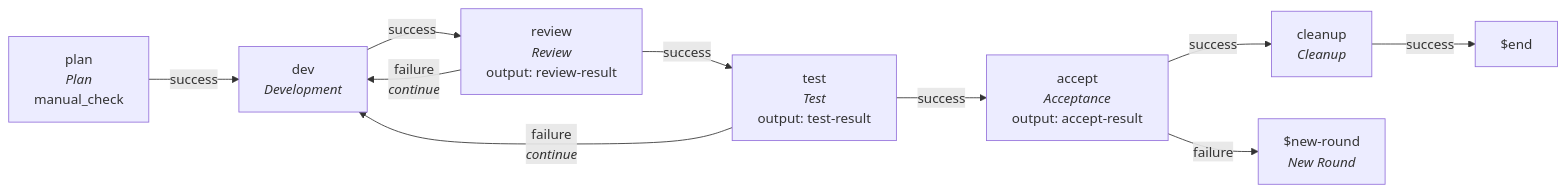
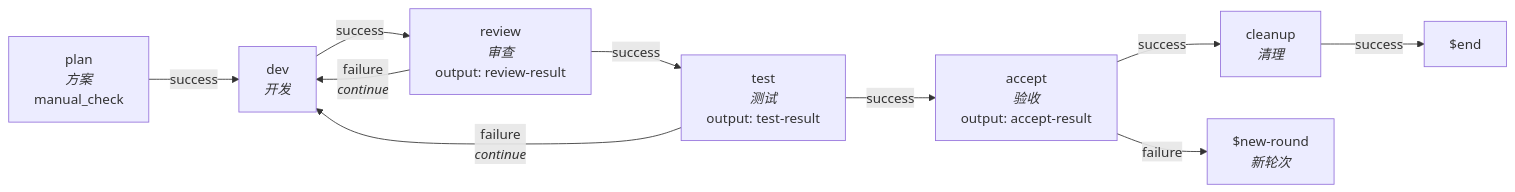
The diagram in README.en.md (diodeme/Gold-Band), drawn with Mermaid before and after one commit. The commit also changed other lines of this file and 7 other files, not shown here.

````diff
--- a/README.en.md
+++ b/README.en.md
@@ -129,12 +90,12 @@
 ```mermaid
 flowchart LR
-      PLAN["plan<br/><i>Plan</i><br/>manual_check"] -->|success| DEV["dev<br/><i>Development</i>"]
-      DEV -->|success| REVIEW["review<br/><i>Review</i><br/>output: review-result"]
-      REVIEW -->|success| TEST["test<br/><i>Test</i><br/>output: test-result"]
+      PLAN["plan<br/><i>方案</i><br/>manual_check"] -->|success| DEV["dev<br/><i>开发</i>"]
+      DEV -->|success| REVIEW["review<br/><i>审查</i><br/>output: review-result"]
+      REVIEW -->|success| TEST["test<br/><i>测试</i><br/>output: test-result"]
       REVIEW -->|"failure<br/><i>continue</i>"| DEV
-      TEST -->|success| ACCEPT["accept<br/><i>Acceptance</i><br/>output: accept-result"]
+      TEST -->|success| ACCEPT["accept<br/><i>验收</i><br/>output: accept-result"]
       TEST -->|"failure<br/><i>continue</i>"| DEV
-      ACCEPT -->|success| CLEANUP["cleanup<br/><i>Cleanup</i>"]
-      ACCEPT -->|failure| NEW_ROUND["$new-round<br/><i>New Round</i>"]
+      ACCEPT -->|success| CLEANUP["cleanup<br/><i>清理</i>"]
+      ACCEPT -->|failure| NEW_ROUND["$new-round<br/><i>新轮次</i>"]
       CLEANUP -->|success| END["$end"]
 ```
````
